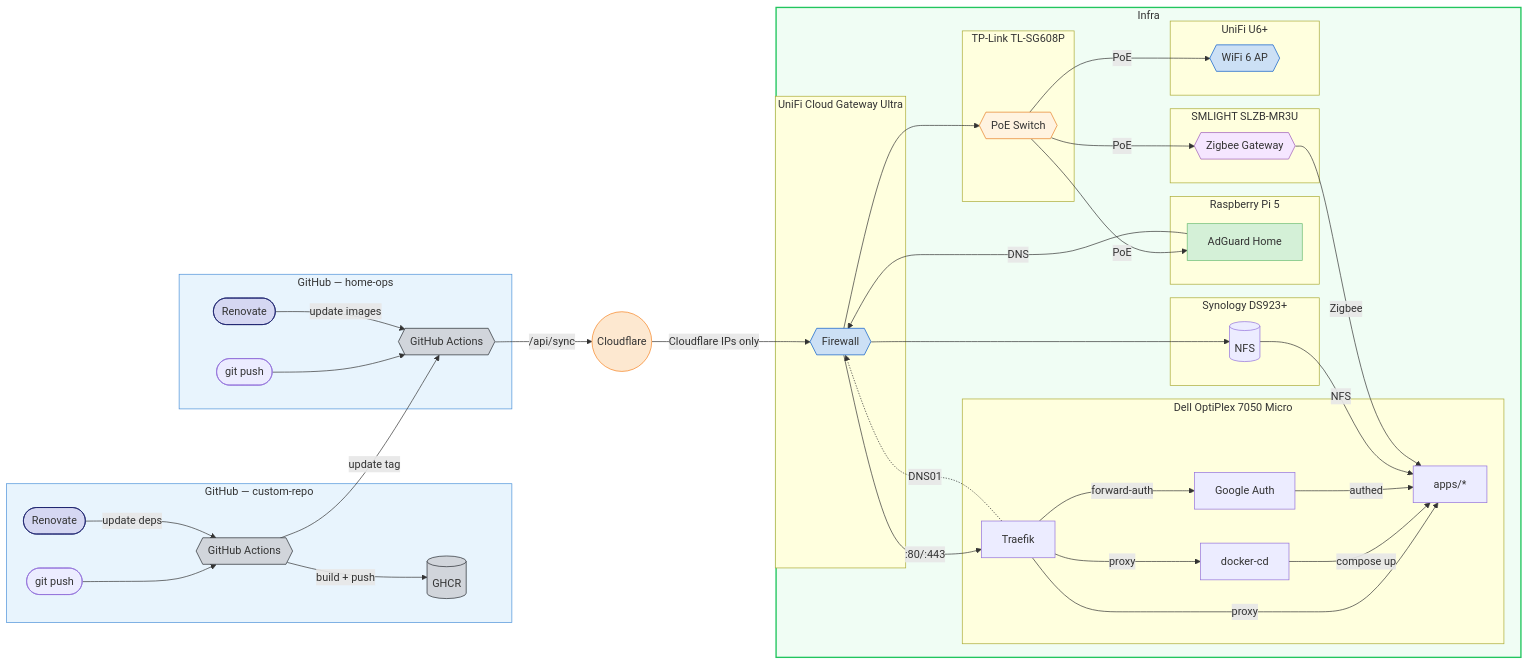
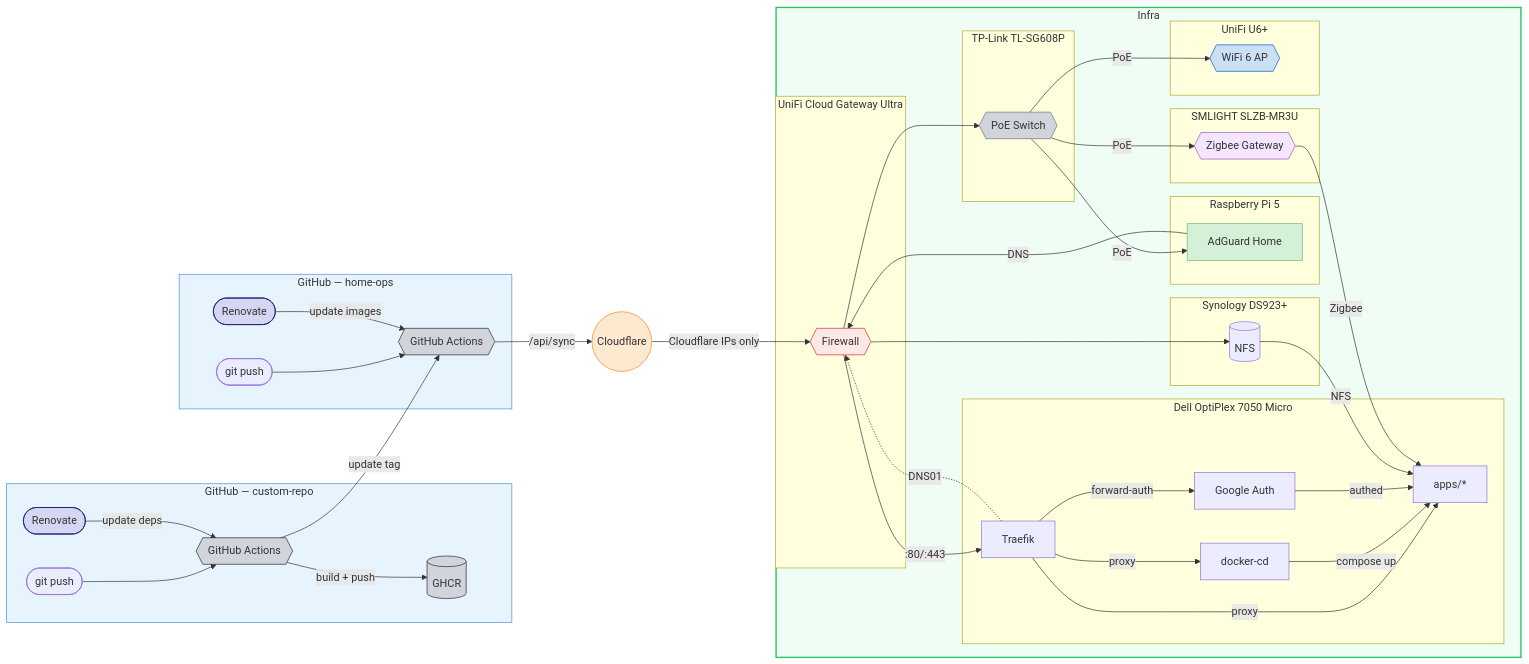
One commit to wajeht/home-ops changed the diagram in README.md. Above: the diagram before and after it, drawn with Mermaid.

Commit message:
docs: update diagram colors to improve contrast

````diff
--- a/README.md
+++ b/README.md
@@ -16,80 +16,80 @@
 ```mermaid
 flowchart LR
     subgraph app_repo["GitHub — custom-repo"]
         app_push([git push])
         app_renovate([Renovate])
         ci{{GitHub Actions}}
         ghcr[(GHCR)]
     end
 
     subgraph ops_repo["GitHub — home-ops"]
         ops_push([git push])
         ops_renovate([Renovate])
         ops_ci{{GitHub Actions}}
     end
 
     app_push --> ci -->|build + push| ghcr
     app_renovate -->|update deps| ci
     ci -->|update tag| ops_ci
     ops_push --> ops_ci
     ops_renovate -->|update images| ops_ci
     ops_ci -->|/api/sync| cf((Cloudflare)) -->|Cloudflare IPs only| unifi -->|:80/:443| traefik -->|proxy| apps
 
     subgraph infra[Infra]
         subgraph dell[Dell OptiPlex 7050 Micro]
             docker_cd[docker-cd] -->|compose up| apps[apps/*]
             traefik[Traefik] -->|proxy| docker_cd
             traefik -->|forward-auth| google_auth[Google Auth] -->|authed| apps
         end
 
         subgraph nas[Synology DS923+]
             nfs[(NFS)]
         end
 
         subgraph ucg[UniFi Cloud Gateway Ultra]
             unifi{{Firewall}}
         end
 
         subgraph pi[Raspberry Pi 5]
             adguard[AdGuard Home]
         end
 
         subgraph slzb[SMLIGHT SLZB-MR3U]
             zigbee{{Zigbee Gateway}}
         end
 
         subgraph tplink[TP-Link TL-SG608P]
             poe{{PoE Switch}}
         end
 
         subgraph u6[UniFi U6+]
             ap{{WiFi 6 AP}}
         end
 
         nfs -->|NFS| apps
         adguard -->|DNS| unifi
         unifi --> nfs
         unifi --> poe
         poe -->|PoE| zigbee
         poe -->|PoE| adguard
         poe -->|PoE| ap
         zigbee -->|Zigbee| apps
     end
 
     traefik -.->|DNS01| unifi
 
     style app_repo fill:#e8f4fd,stroke:#4a90d9
     style ops_repo fill:#e8f4fd,stroke:#4a90d9
     style infra fill:#f0fdf4,stroke:#22c55e,stroke-width:2px
     style cf fill:#fde8d0,stroke:#f6821f,color:#333
     style ghcr fill:#d1d5db,stroke:#24292e,color:#333
     classDef gha fill:#d1d5db,stroke:#24292e,color:#333
     class ci,ops_ci gha
     style app_renovate fill:#d5d7f2,stroke:#1a1f6c,color:#333
     style ops_renovate fill:#d5d7f2,stroke:#1a1f6c,color:#333
     style adguard fill:#d4f0d7,stroke:#68bc71,color:#333
-    style unifi fill:#cce0f5,stroke:#0559c9,color:#333
+    style unifi fill:#fde8e8,stroke:#dc2626,color:#333
     style zigbee fill:#f5e6ff,stroke:#9b59b6,color:#333
-    style poe fill:#fff3e0,stroke:#e67e22,color:#333
+    style poe fill:#d1d5db,stroke:#6b7280,color:#333
     style ap fill:#cce0f5,stroke:#0559c9,color:#333
 ```
````
